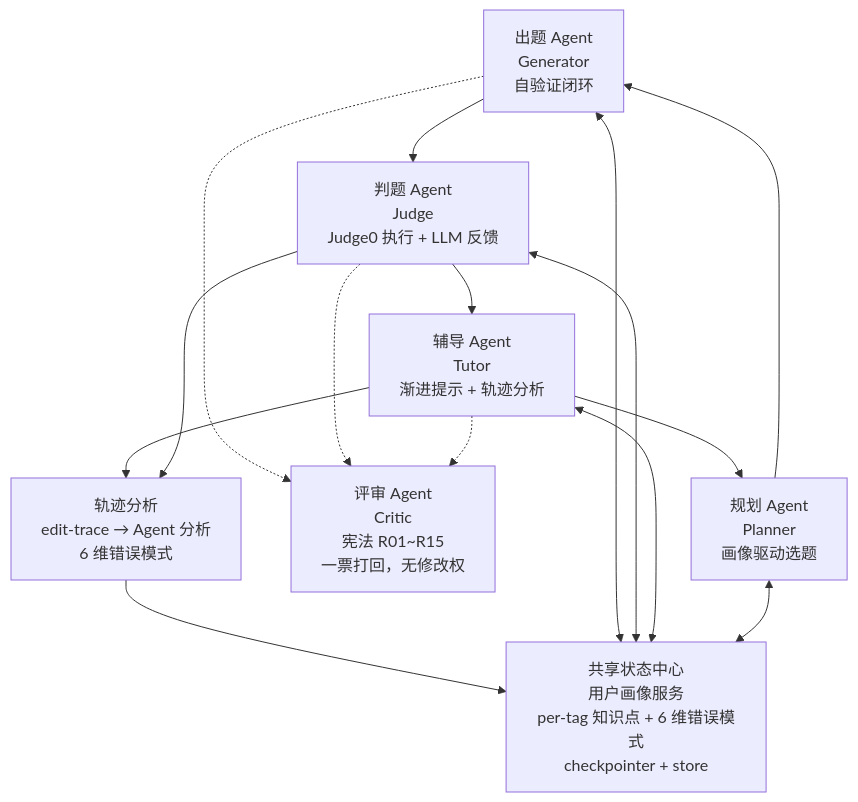
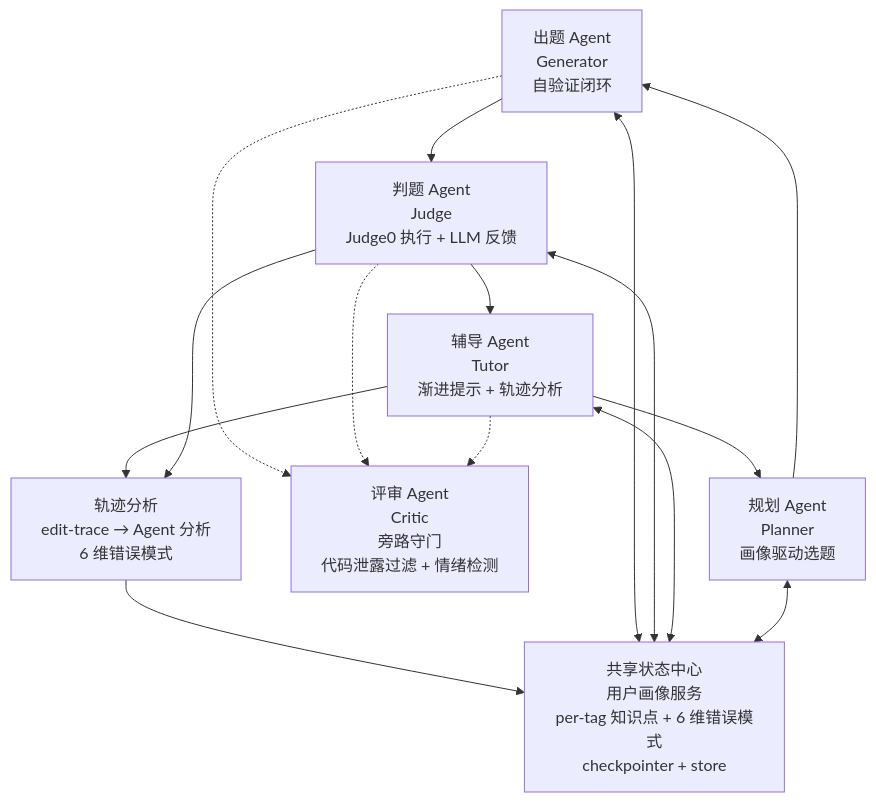
One commit to YanzheShi/code-tutor-agent changed the diagram in README.md. Above: the diagram before and after it, drawn with Mermaid. The commit also changed other lines of this file and 3 other files, not shown here.

````diff
--- a/README.md
+++ b/README.md
@@ -98,26 +98,26 @@
 ```mermaid
 flowchart TB
     PG[出题 Agent<br/>Generator<br/>自验证闭环]
     PJ[判题 Agent<br/>Judge<br/>Judge0 执行 + LLM 反馈]
     PT[辅导 Agent<br/>Tutor<br/>渐进提示 + 轨迹分析]
     PP[规划 Agent<br/>Planner<br/>画像驱动选题]
-    PC[评审 Agent<br/>Critic<br/>宪法 R01~R15<br/>一票打回，无修改权]
+    PC[评审 Agent<br/>Critic<br/>旁路守门<br/>代码泄露过滤 + 情绪检测]
 
     TR[轨迹分析<br/>edit-trace → Agent 分析<br/>6 维错误模式]
     UPS[共享状态中心<br/>用户画像服务<br/>per-tag 知识点 + 6 维错误模式<br/>checkpointer + store]
 
     PG --> PJ
     PJ --> PT
     PT --> PP
     PG -.-> PC
     PJ -.-> PC
     PT -.-> PC
     PP --> PG
     PT --> TR
     PJ --> TR
     TR --> UPS
     PG <--> UPS
     PJ <--> UPS
     PT <--> UPS
     PP <--> UPS
 ```
````
